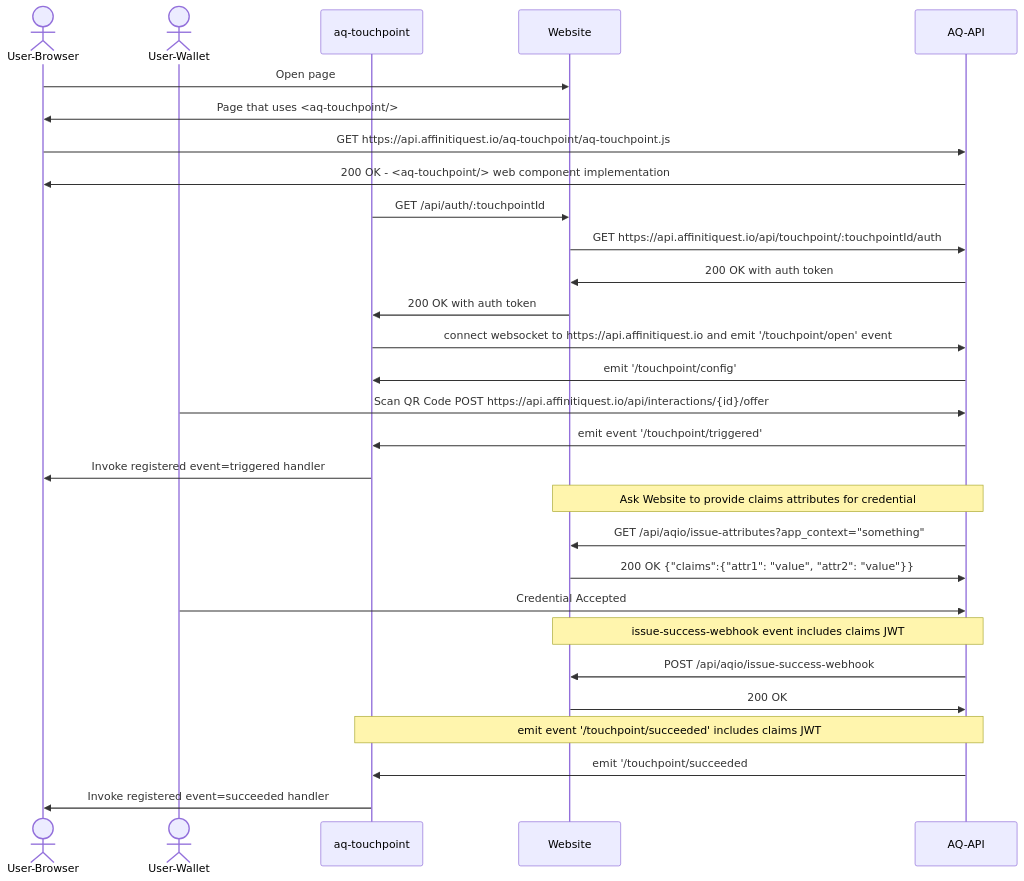
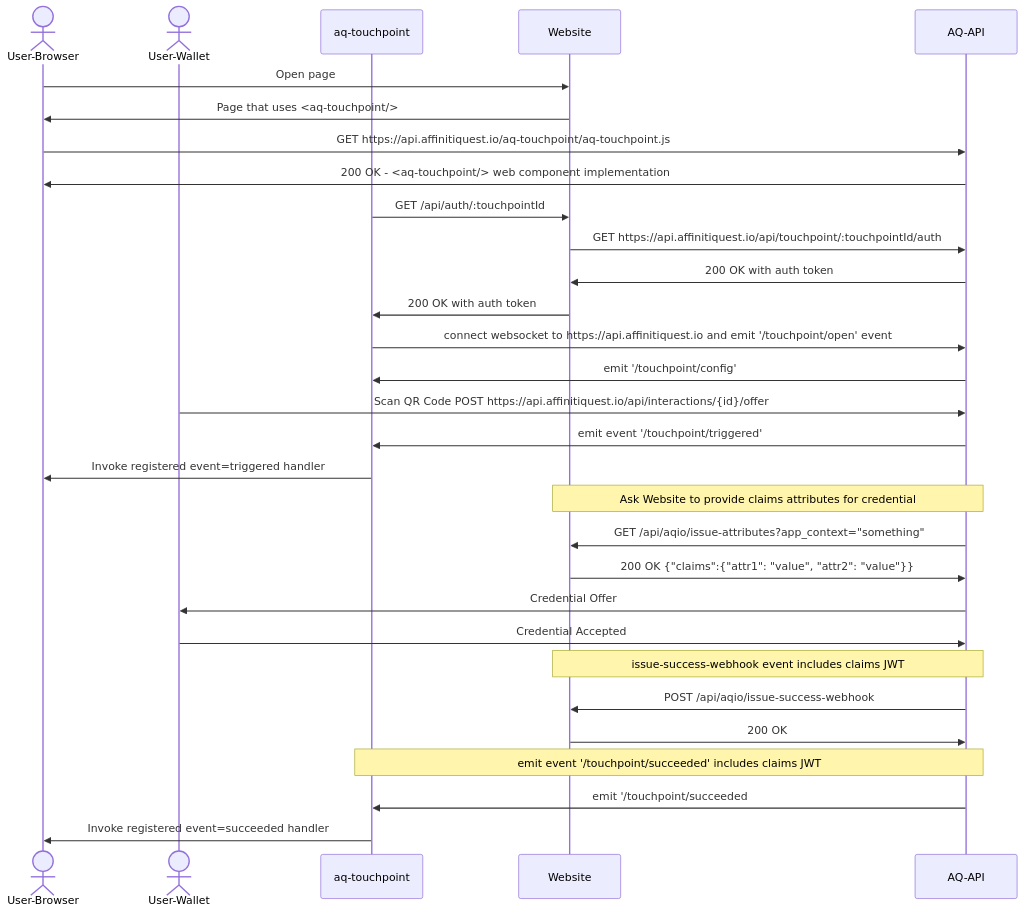
Before and after one commit to AffinitiQuest/aq-touchpoint-samples: the first of 2 diagrams in README.md, drawn with Mermaid.

Commit message:
Update README.md - Add event to Issue Flow diagram
Show the AQ-API sending a Credential Offer to the User-Wallet after the issue-attributes interaction.

````diff
--- a/README.md
+++ b/README.md
@@ -455,32 +455,33 @@
 ```mermaid
  sequenceDiagram
     actor User-Browser
     actor User-Wallet
     participant aq-touchpoint
     participant Website
     participant AQ-API
 
     User-Browser ->> Website : Open page
     Website ->> User-Browser : Page that uses <aq-touchpoint/>
     User-Browser ->> AQ-API : GET https://api.affinitiquest.io/aq-touchpoint/aq-touchpoint.js
     AQ-API ->> User-Browser : 200 OK - <aq-touchpoint/> web component implementation
     aq-touchpoint ->> Website : GET /api/auth/:touchpointId
     Website ->> AQ-API : GET https://api.affinitiquest.io/api/touchpoint/:touchpointId/auth
     AQ-API ->> Website: 200 OK with auth token
     Website ->> aq-touchpoint : 200 OK with auth token
     aq-touchpoint ->> AQ-API: connect websocket to https://api.affinitiquest.io and emit '/touchpoint/open' event
     AQ-API ->> aq-touchpoint: emit '/touchpoint/config'
     User-Wallet ->> AQ-API : Scan QR Code POST https://api.affinitiquest.io/api/interactions/{id}/offer
     AQ-API ->> aq-touchpoint: emit event '/touchpoint/triggered'
     aq-touchpoint ->> User-Browser: Invoke registered event=triggered handler
     Note over AQ-API,Website: Ask Website to provide claims attributes for credential
     AQ-API ->> Website: GET /api/aqio/issue-attributes?app_context="something"
     Website ->> AQ-API: 200 OK {"claims":{"attr1": "value", "attr2": "value"}}
+    AQ-API ->> User-Wallet : Credential Offer
     User-Wallet ->> AQ-API : Credential Accepted
     Note over AQ-API,Website: issue-success-webhook event includes claims JWT
     AQ-API ->> Website: POST /api/aqio/issue-success-webhook
     Website ->> AQ-API: 200 OK
     Note over AQ-API,aq-touchpoint: emit event '/touchpoint/succeeded' includes claims JWT
     AQ-API ->> aq-touchpoint: emit '/touchpoint/succeeded
     aq-touchpoint ->> User-Browser: Invoke registered event=succeeded handler
 ```
````
